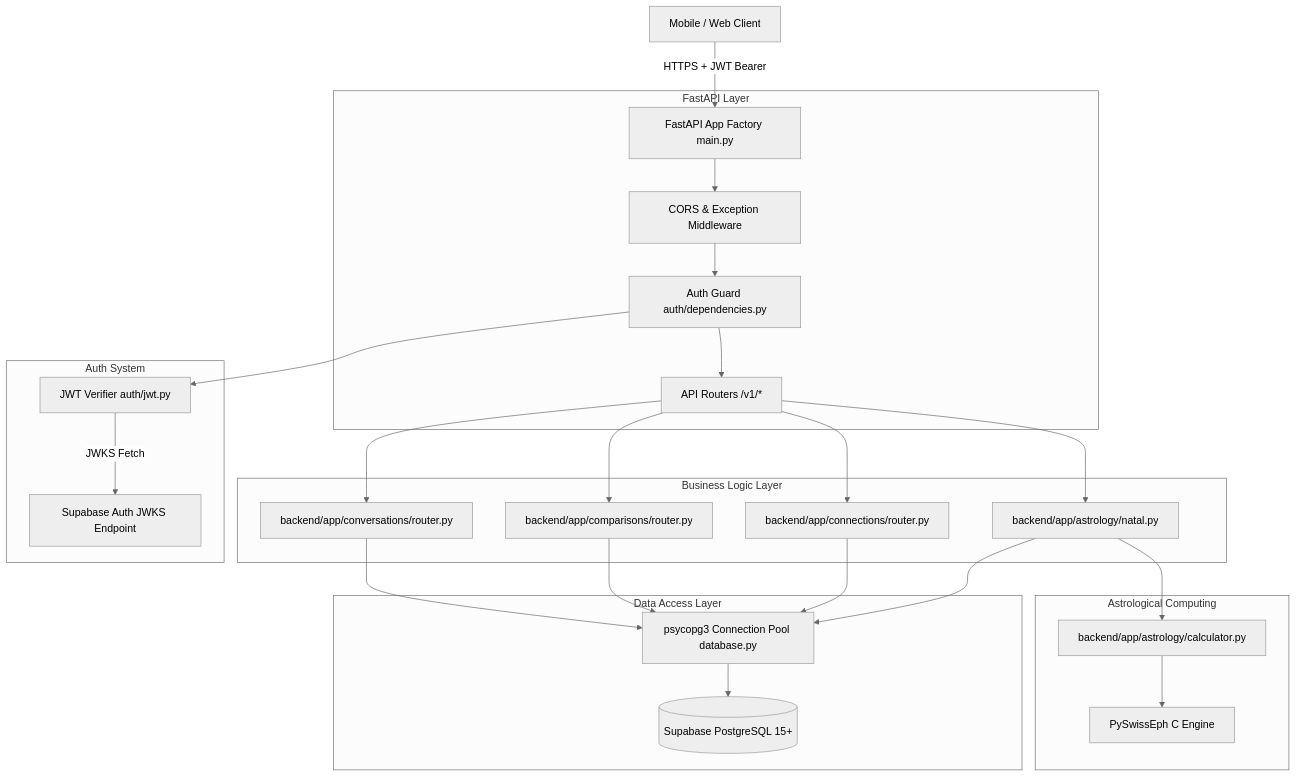
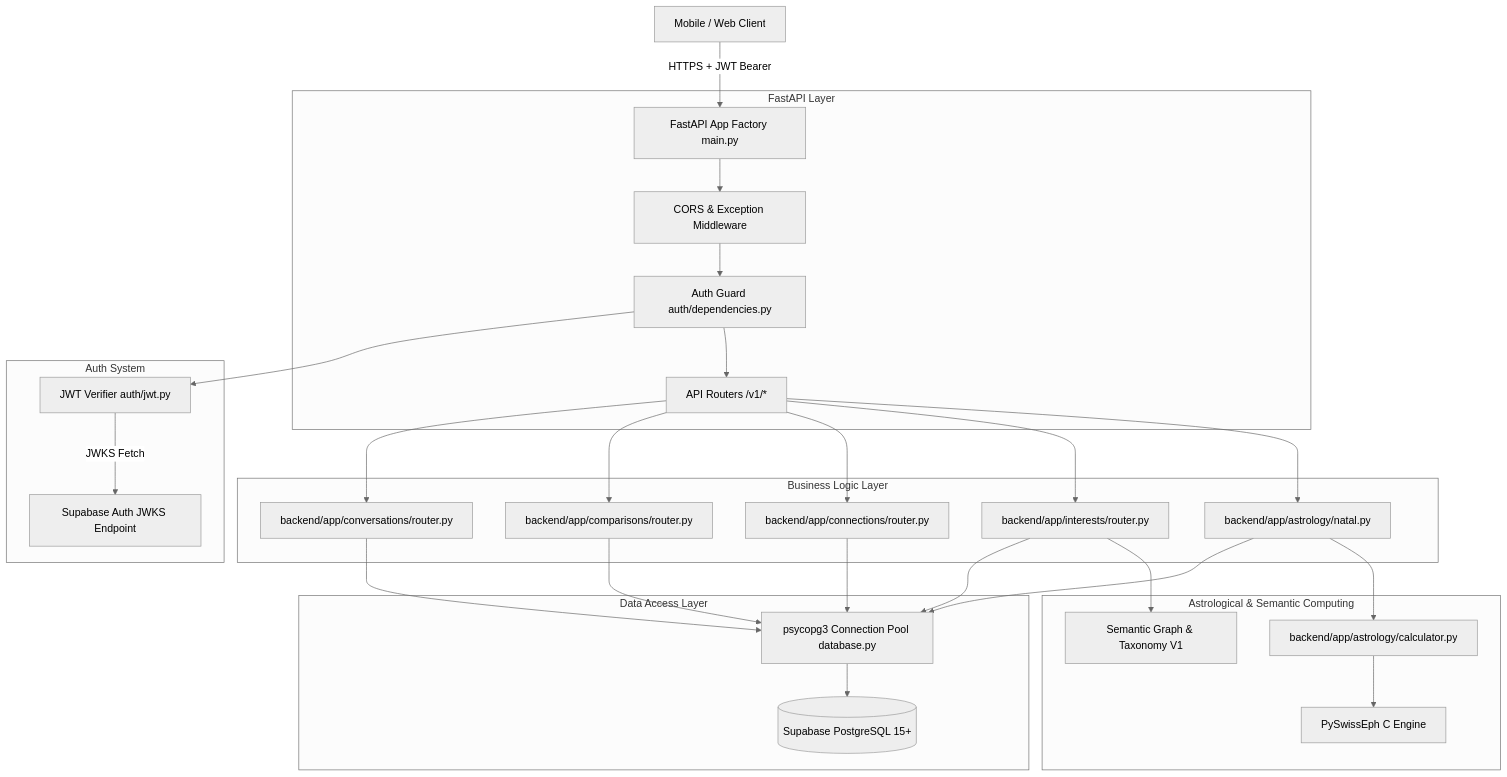
The diagram in docs/ARCHITECTURE.md (farnai/Jester), drawn with Mermaid (neutral theme) before and after one commit. The commit also changed other lines of this file and 11 other files, not shown here.

````diff
--- a/docs/ARCHITECTURE.md
+++ b/docs/ARCHITECTURE.md
@@ -7,35 +7,38 @@
 ```mermaid
 graph TD
     Client[Mobile / Web Client] -->|HTTPS + JWT Bearer| FastAPI[FastAPI App Factory main.py]
     
     subgraph FastAPI Layer
         FastAPI --> Middleware[CORS & Exception Middleware]
         Middleware --> AuthDep[Auth Guard auth/dependencies.py]
         AuthDep --> Router[API Routers /v1/*]
     end
     
     subgraph Auth System
         AuthDep --> JWTVal[JWT Verifier auth/jwt.py]
         JWTVal -->|JWKS Fetch| SupabaseJWKS[Supabase Auth JWKS Endpoint]
     end
     
     subgraph Business Logic Layer
         Router --> NatalService[backend/app/astrology/natal.py]
+        Router --> InterestsService[backend/app/interests/router.py]
         Router --> ConnService[backend/app/connections/router.py]
         Router --> CompareService[backend/app/comparisons/router.py]
         Router --> ChatService[backend/app/conversations/router.py]
     end
     
-    subgraph Astrological Computing
+    subgraph Astrological & Semantic Computing
         NatalService --> AstroCalc[backend/app/astrology/calculator.py]
         AstroCalc --> PySwissEph[PySwissEph C Engine]
+        InterestsService --> InterestGraph[Semantic Graph & Taxonomy V1]
     end
     
     subgraph Data Access Layer
         NatalService --> DBPool[psycopg3 Connection Pool database.py]
+        InterestsService --> DBPool
         ConnService --> DBPool
         CompareService --> DBPool
         ChatService --> DBPool
         DBPool --> PostgreSQL[(Supabase PostgreSQL 15+)]
     end
 ```
````
